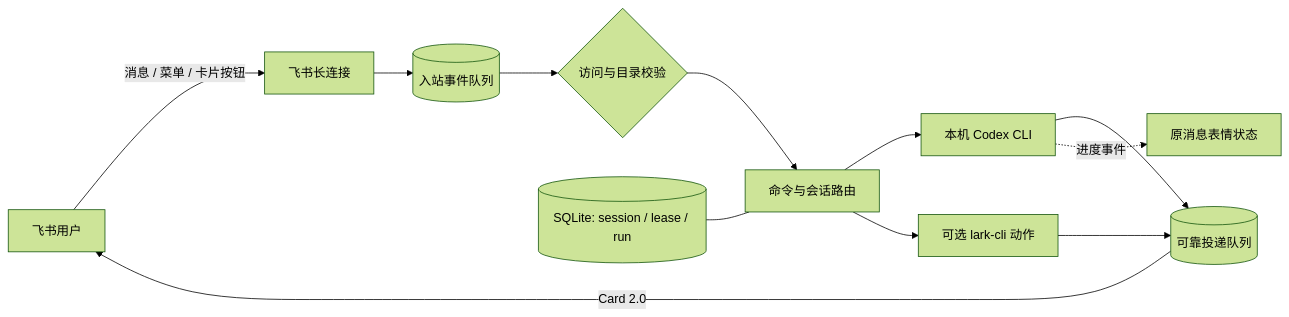
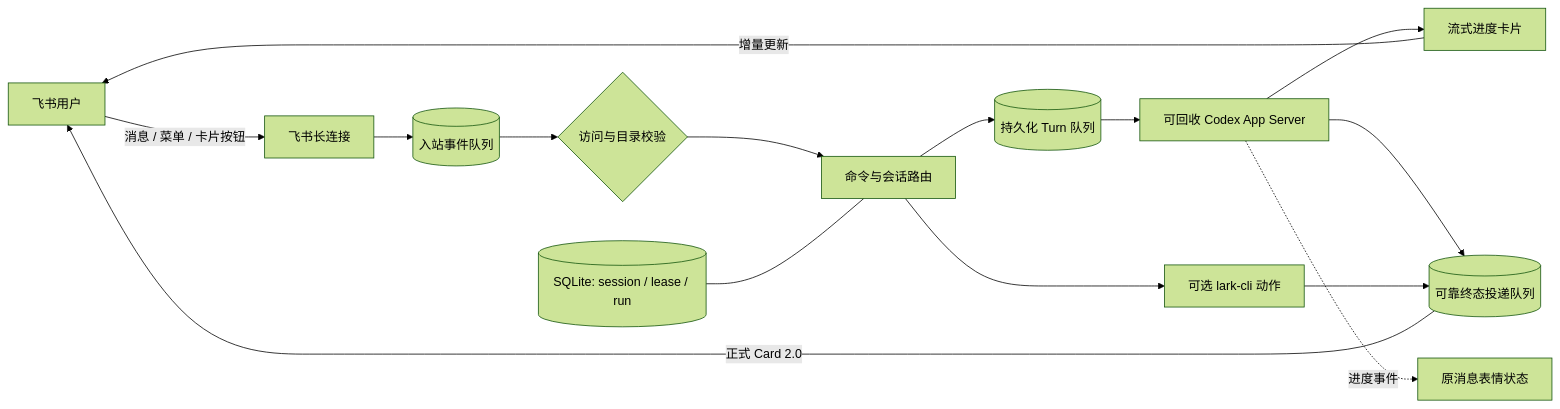
The diagram in README.md (AIME-JF/lark-codex-hub), drawn with Mermaid (forest theme) before and after one commit. The commit also changed other lines of this file and 42 other files, not shown here.

````diff
--- a/README.md
+++ b/README.md
@@ -41,14 +45,17 @@
 ```mermaid
 flowchart LR
     U[飞书用户] -->|消息 / 菜单 / 卡片按钮| WS[飞书长连接]
     WS --> IQ[(入站事件队列)]
     IQ --> ACL{访问与目录校验}
     ACL --> CMD[命令与会话路由]
-    CMD --> CODEX[本机 Codex CLI]
+    CMD --> TQ[(持久化 Turn 队列)]
+    TQ --> CODEX[可回收 Codex App Server]
     CMD --> LARK[可选 lark-cli 动作]
-    CODEX --> DQ[(可靠投递队列)]
+    CODEX --> LIVE[流式进度卡片]
+    CODEX --> DQ[(可靠终态投递队列)]
     LARK --> DQ
-    DQ -->|Card 2.0| U
+    LIVE -->|增量更新| U
+    DQ -->|正式 Card 2.0| U
     CODEX -.进度事件.-> REACT[原消息表情状态]
     DB[(SQLite: session / lease / run)] --- CMD
 ```
````
